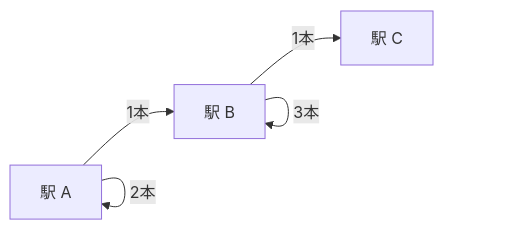
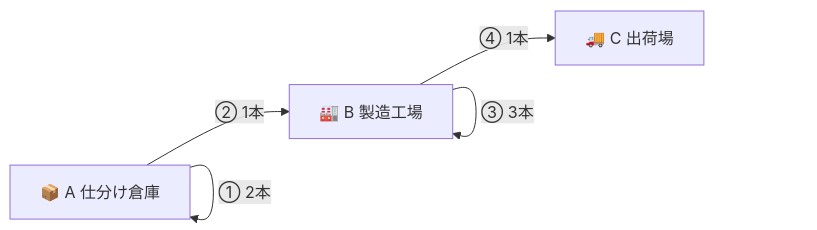
Before and after one commit to ogaogamirai/Teaching-materials: the first of 2 diagrams in category-theory/chapters/00c_linear_algebra_primer.md, drawn with Mermaid. The commit also changed other lines of this file and 13 other files, not shown here.

````diff
--- a/category-theory/chapters/00c_linear_algebra_primer.md
+++ b/category-theory/chapters/00c_linear_algebra_primer.md
@@ -13,7 +48,10 @@
 ```mermaid
 graph LR
-    A["駅 A"] -- "1本" --> B["駅 B"]
-    B -- "1本" --> C["駅 C"]
-    A -- "2本" --> A
-    B -- "3本" --> B
+    A["📦 A 仕分け倉庫"]
+    B["🏭 B 製造工場"]
+    C["🚚 C 出荷場"]
+    A -->|"② 1本"| B
+    A -->|"① 2本"| A
+    B -->|"④ 1本"| C
+    B -->|"③ 3本"| B
 ```
````
